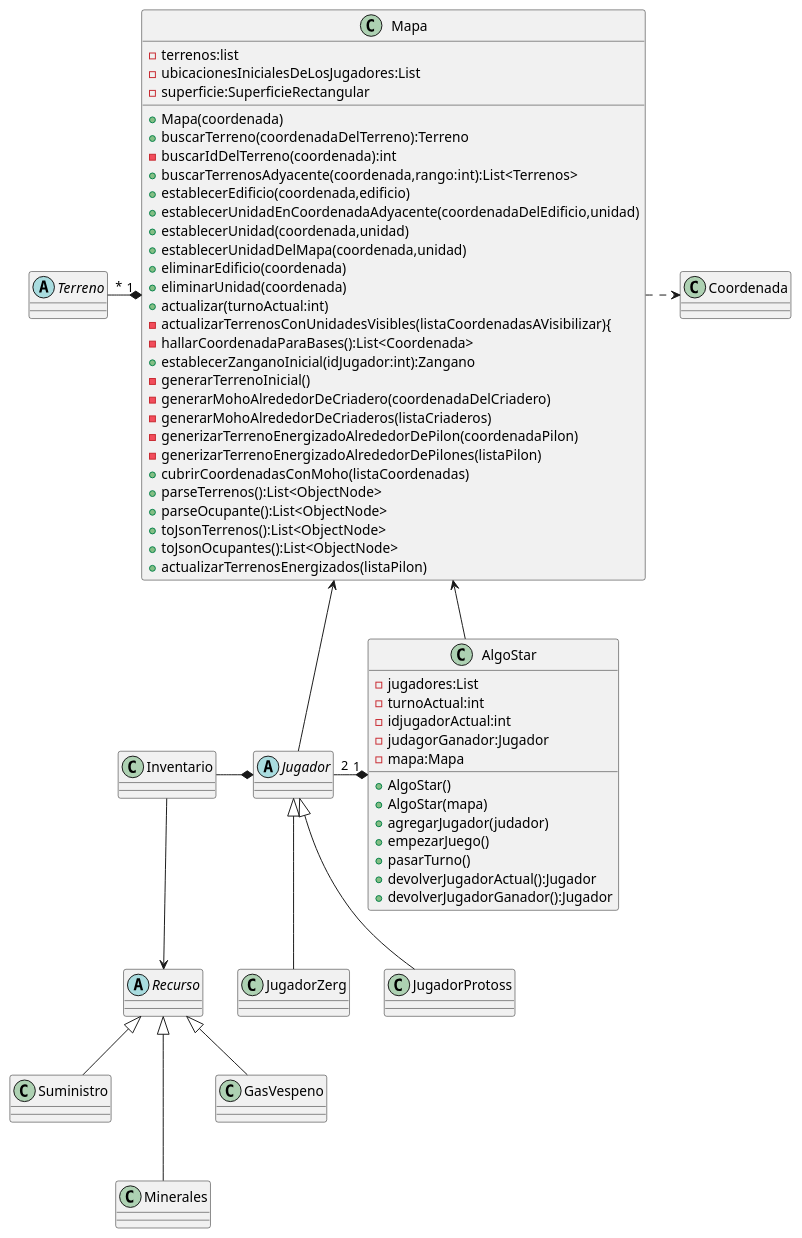
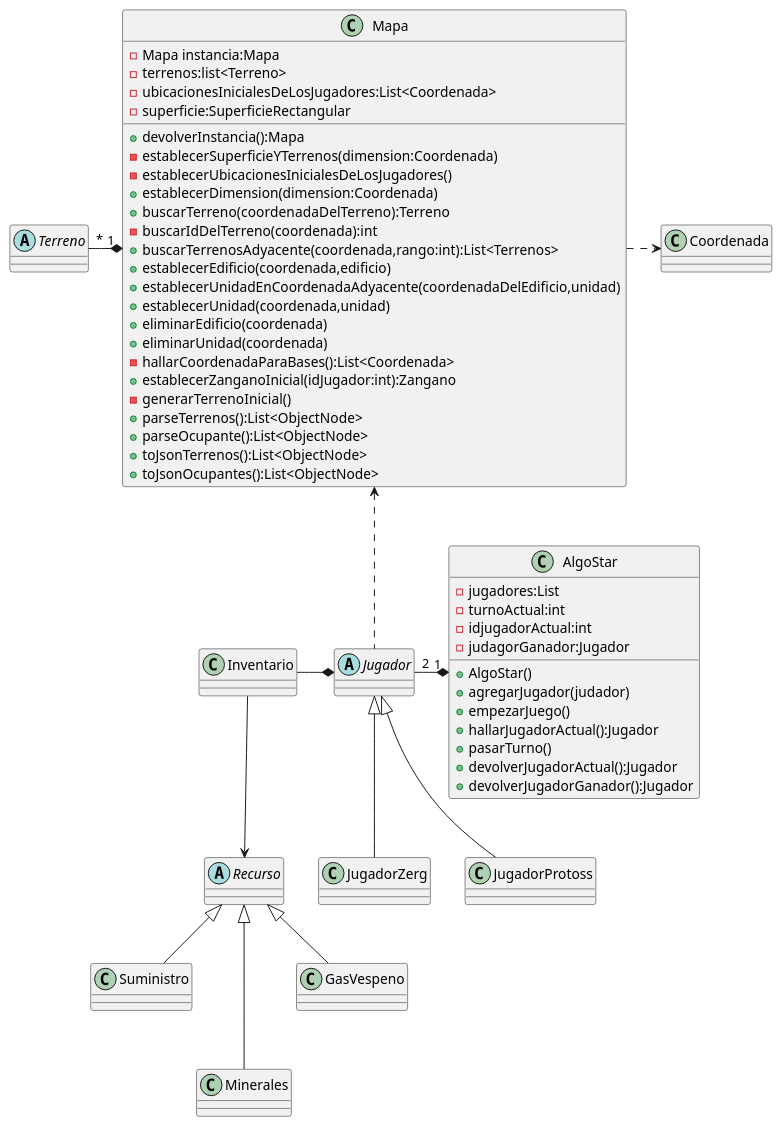
One commit to LucasMBarrientos/algo3_tp2 changed the diagram in diagrams/Modelo/class/clase_algoStar.puml. Above: the diagram before and after it, drawn with PlantUML.

```diff
--- a/diagrams/Modelo/class/clase_algoStar.puml
+++ b/diagrams/Modelo/class/clase_algoStar.puml
@@ -1,75 +1,81 @@
 @startuml
 class AlgoStar{
 -jugadores:List
 -turnoActual:int
 -idjugadorActual:int
 - judagorGanador:Jugador
--mapa:Mapa
+'-mapa:Mapa
 +AlgoStar()
-+AlgoStar(mapa)
+'+AlgoStar(mapa)
 +agregarJugador(judador)
 +empezarJuego()
++hallarJugadorActual():Jugador
 +pasarTurno()
 +devolverJugadorActual():Jugador
 +devolverJugadorGanador():Jugador
 }
 
 
 class Mapa {
--terrenos:list
--ubicacionesInicialesDeLosJugadores:List
+-Mapa instancia:Mapa
+-terrenos:list<Terreno>
+-ubicacionesInicialesDeLosJugadores:List<Coordenada>
 -superficie:SuperficieRectangular
-+Mapa(coordenada)
+'+Mapa(coordenada)
++devolverInstancia():Mapa
+-establecerSuperficieYTerrenos(dimension:Coordenada)
+-establecerUbicacionesInicialesDeLosJugadores()
++establecerDimension(dimension:Coordenada)
 +buscarTerreno(coordenadaDelTerreno):Terreno
 -buscarIdDelTerreno(coordenada):int
 +buscarTerrenosAdyacente(coordenada,rango:int):List<Terrenos>
 +establecerEdificio(coordenada,edificio)
 +establecerUnidadEnCoordenadaAdyacente(coordenadaDelEdificio,unidad)
 +establecerUnidad(coordenada,unidad)
-+establecerUnidadDelMapa(coordenada,unidad)
+'+establecerUnidadDelMapa(coordenada,unidad)
 +eliminarEdificio(coordenada)
 +eliminarUnidad(coordenada)
 '+hallarTerrenoADistanciaRelativa(coordenada,direccionX:int,coordenada,direccionY:int):Terreno
-+actualizar(turnoActual:int)
--actualizarTerrenosConUnidadesVisibles(listaCoordenadasAVisibilizar){
+'+actualizar(turnoActual:int)
+'-actualizarTerrenosConUnidadesVisibles(listaCoordenadasAVisibilizar){
 -hallarCoordenadaParaBases():List<Coordenada>
 +establecerZanganoInicial(idJugador:int):Zangano
 -generarTerrenoInicial()
--generarMohoAlrededorDeCriadero(coordenadaDelCriadero)
--generarMohoAlrededorDeCriaderos(listaCriaderos)
--generizarTerrenoEnergizadoAlrededorDePilon(coordenadaPilon)
--generizarTerrenoEnergizadoAlrededorDePilones(listaPilon)
-+cubrirCoordenadasConMoho(listaCoordenadas)
+'-generarMohoAlrededorDeCriadero(coordenadaDelCriadero)
+'-generarMohoAlrededorDeCriaderos(listaCriaderos)
+'-generizarTerrenoEnergizadoAlrededorDePilon(coordenadaPilon)
+'-generizarTerrenoEnergizadoAlrededorDePilones(listaPilon)
+'+cubrirCoordenadasConMoho(listaCoordenadas)
 +parseTerrenos():List<ObjectNode>
 +parseOcupante():List<ObjectNode>
 +toJsonTerrenos():List<ObjectNode>
 +toJsonOcupantes():List<ObjectNode>
-+actualizarTerrenosEnergizados(listaPilon)
+'+actualizarTerrenosEnergizados(listaPilon)
 
 }
 
 
 abstract Jugador
 abstract Recurso
 abstract Terreno
 
 
-AlgoStar --up> Mapa
+
 AlgoStar "1" *--left-"2" Jugador
 Jugador *-left- Inventario
-Jugador -up->  Mapa
+Jugador .up.>  Mapa
 Mapa "1" *-left--"*" Terreno
 Mapa .right.> Coordenada
 
 
 Recurso <|--Suministro
 Recurso <|---Minerales
 Recurso <|--GasVespeno
 
 
 Jugador <|-- JugadorProtoss
 Jugador <|-- JugadorZerg
 
 
 Inventario -down->Recurso
 @enduml
```
